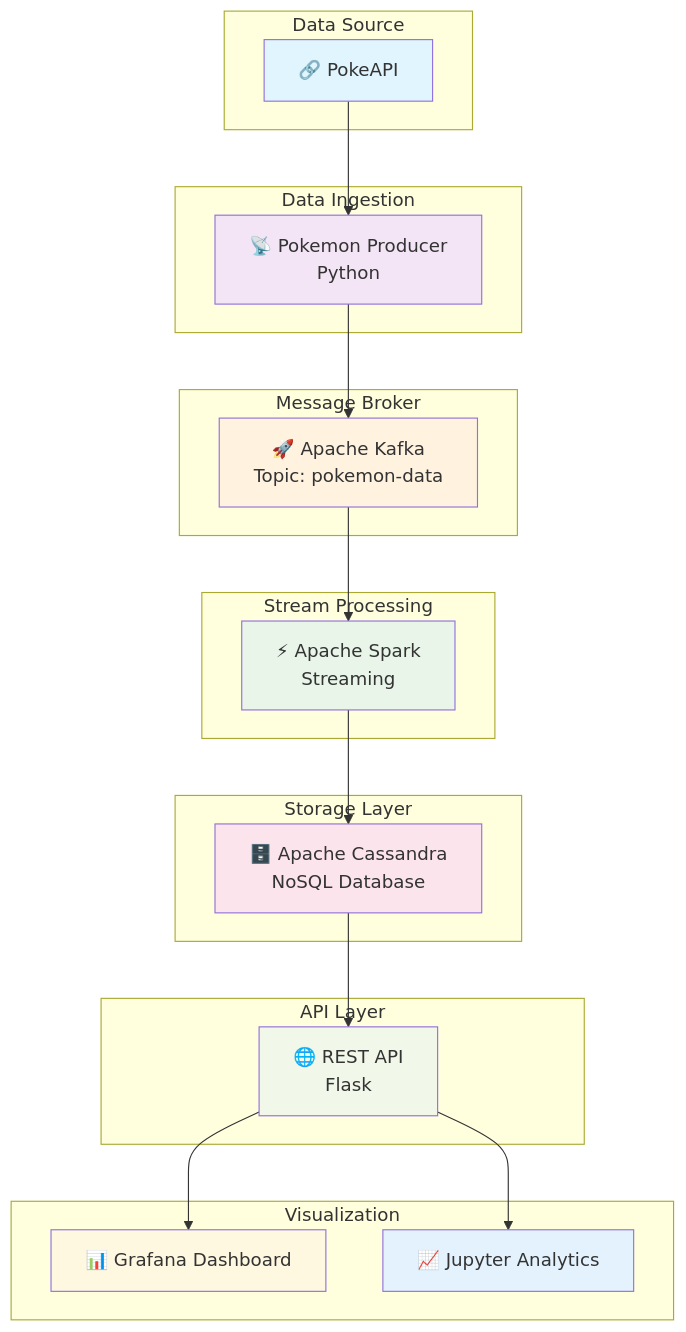
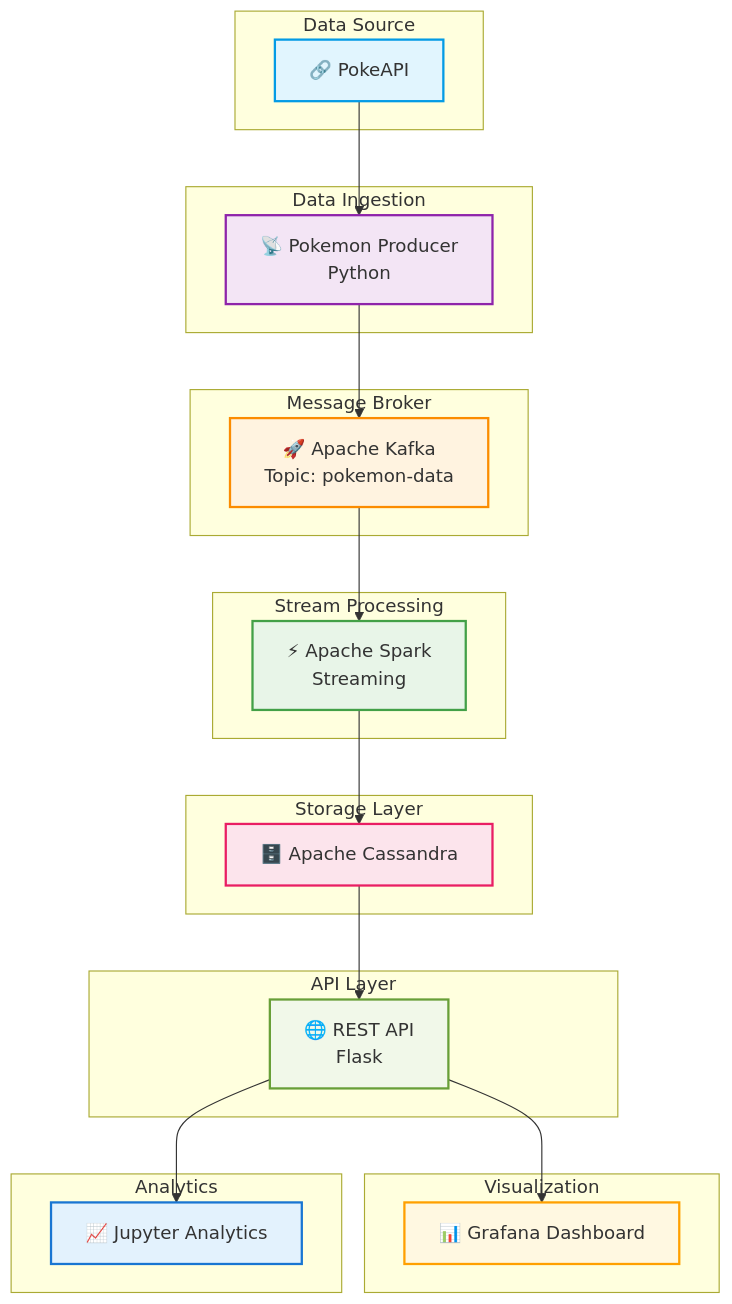
Before and after one commit to augustinbesu/Producer_Consumer_Pokemon: the diagram in README.md, drawn with Mermaid.

````diff
--- a/README.md
+++ b/README.md
@@ -37,48 +37,74 @@
 ```mermaid
 graph TB
+    %% Definición de estilos para los subgrafos
+    classDef datasource fill:#e1f5fe,stroke:#039be5,stroke-width:2px
+    classDef ingestion fill:#f3e5f5,stroke:#8e24aa,stroke-width:2px
+    classDef broker fill:#fff3e0,stroke:#fb8c00,stroke-width:2px
+    classDef processing fill:#e8f5e8,stroke:#43a047,stroke-width:2px
+    classDef storage fill:#fce4ec,stroke:#e91e63,stroke-width:2px
+    classDef api fill:#f1f8e9,stroke:#689f38,stroke-width:2px
+    classDef visualization fill:#fff8e1,stroke:#ffa000,stroke-width:2px
+    classDef analytics fill:#e3f2fd,stroke:#1976d2,stroke-width:2px
+
+    %% Nodos principales (fuera de los subgrafos)
+    A[🔗 PokeAPI]
+    B[📡 Pokemon Producer<br/>Python]
+    C[🚀 Apache Kafka<br/>Topic: pokemon-data]
+    D[⚡ Apache Spark<br/>Streaming]
+    E[🗄️ Apache Cassandra]
+    F[🌐 REST API<br/>Flask]
+    G[📊 Grafana Dashboard]
+    H[📈 Jupyter Analytics]
+
+    %% Subgrafos (solo para agrupación visual)
     subgraph "Data Source"
-        A[🔗 PokeAPI]
+        A
     end
     
     subgraph "Data Ingestion"
-        B[📡 Pokemon Producer<br/>Python]
+        B
     end
     
     subgraph "Message Broker"
-        C[🚀 Apache Kafka<br/>Topic: pokemon-data]
+        C
     end
     
     subgraph "Stream Processing"
-        D[⚡ Apache Spark<br/>Streaming]
+        D
     end
     
     subgraph "Storage Layer"
-        E[🗄️ Apache Cassandra<br/>NoSQL Database]
+        E
     end
     
     subgraph "API Layer"
-        F[🌐 REST API<br/>Flask]
+        F
     end
     
     subgraph "Visualization"
-        G[📊 Grafana Dashboard]
-        H[📈 Jupyter Analytics]
+        G
     end
     
+    subgraph "Analytics"
+        H
+    end
+
+    %% Conexiones
     A --> B
     B --> C
     C --> D
     D --> E
     E --> F
     F --> G
     F --> H
-    
-    style A fill:#e1f5fe
-    style B fill:#f3e5f5
-    style C fill:#fff3e0
-    style D fill:#e8f5e8
-    style E fill:#fce4ec
-    style F fill:#f1f8e9
-    style G fill:#fff8e1
-    style H fill:#e3f2fd
+
+    %% Aplicar estilos
+    class A datasource
+    class B ingestion
+    class C broker
+    class D processing
+    class E storage
+    class F api
+    class G visualization
+    class H analytics
 ```
````
